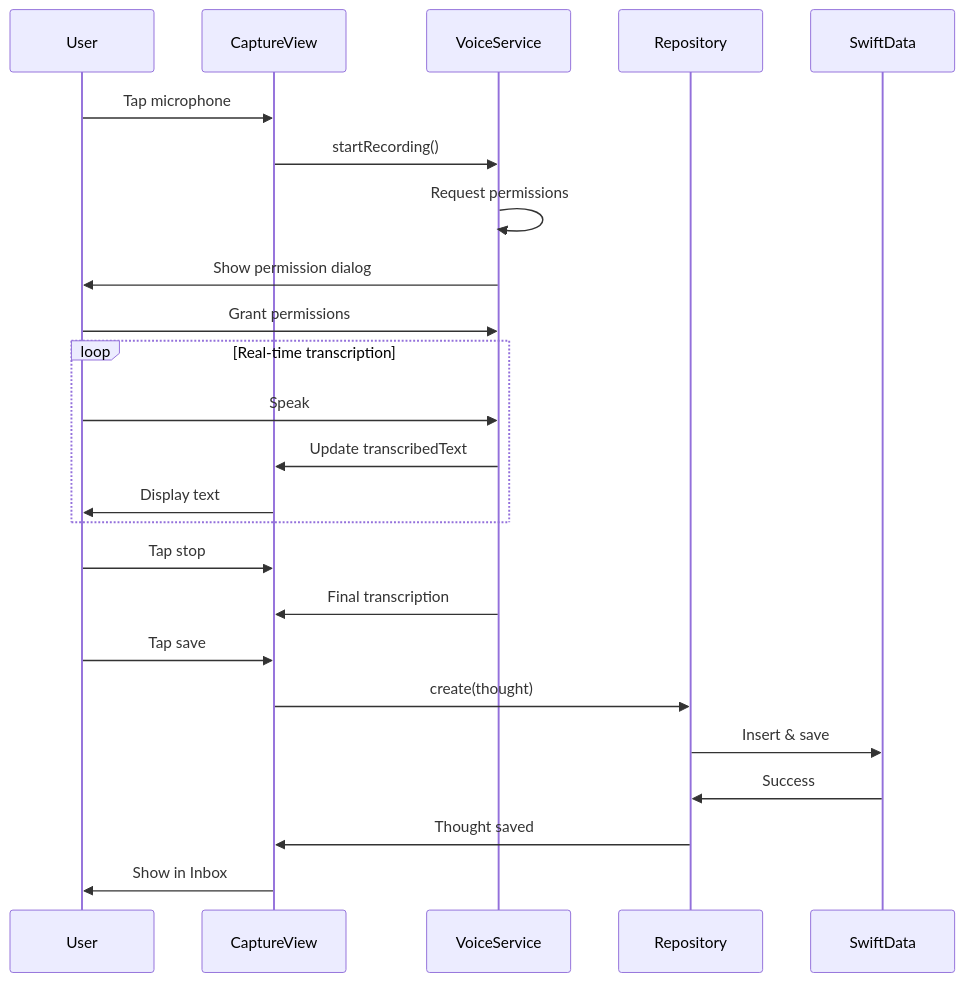
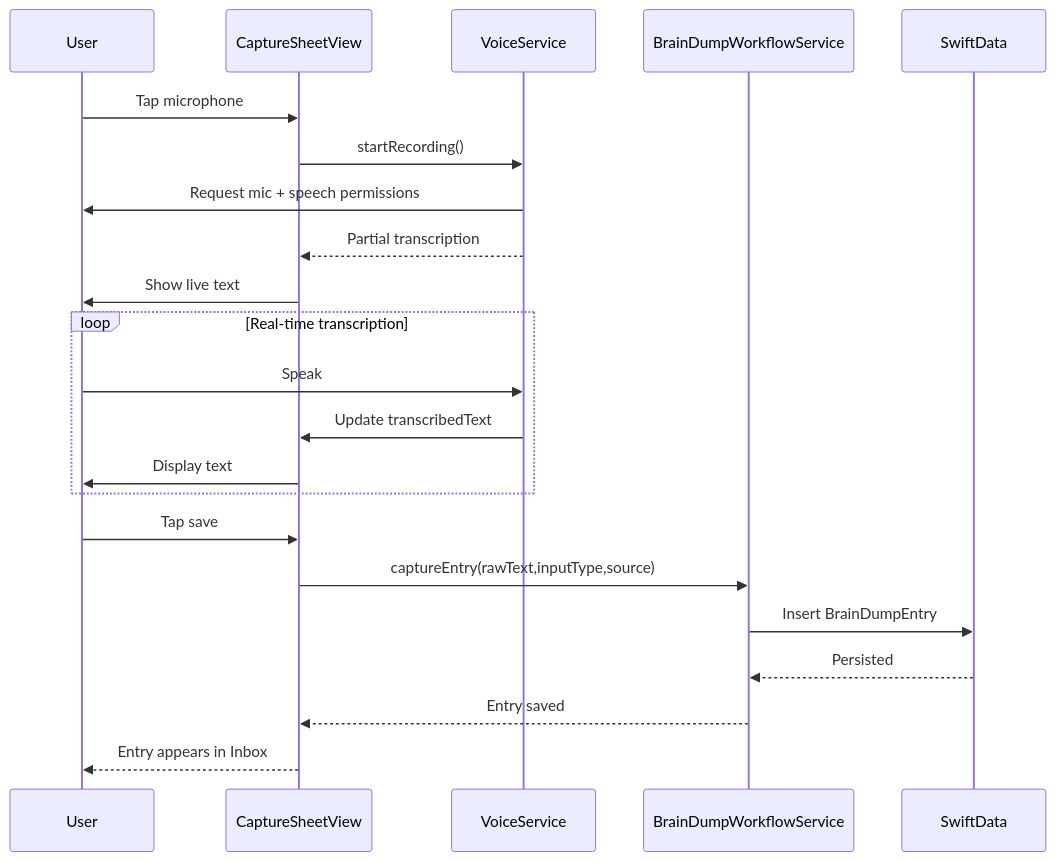
The fourth of 4 diagrams in README.md (Will-Conklin/offload), drawn with Mermaid before and after one commit. The commit also changed other lines of this file, not shown here.

Commit message:
docs: refresh README for brain dump model

````diff
--- a/README.md
+++ b/README.md
@@ -231,29 +189,27 @@
 ```mermaid
 sequenceDiagram
     participant User
-    participant CaptureView
+    participant CaptureSheet as CaptureSheetView
     participant VoiceService
-    participant Repository
+    participant Workflow as BrainDumpWorkflowService
     participant SwiftData
 
-    User->>CaptureView: Tap microphone
-    CaptureView->>VoiceService: startRecording()
-    VoiceService->>VoiceService: Request permissions
-    VoiceService->>User: Show permission dialog
-    User->>VoiceService: Grant permissions
+    User->>CaptureSheet: Tap microphone
+    CaptureSheet->>VoiceService: startRecording()
+    VoiceService->>User: Request mic + speech permissions
+    VoiceService-->>CaptureSheet: Partial transcription
+    CaptureSheet->>User: Show live text
 
     loop Real-time transcription
         User->>VoiceService: Speak
-        VoiceService->>CaptureView: Update transcribedText
-        CaptureView->>User: Display text
+        VoiceService->>CaptureSheet: Update transcribedText
+        CaptureSheet->>User: Display text
     end
 
-    User->>CaptureView: Tap stop
-    VoiceService->>CaptureView: Final transcription
-    User->>CaptureView: Tap save
-    CaptureView->>Repository: create(thought)
-    Repository->>SwiftData: Insert & save
-    SwiftData->>Repository: Success
-    Repository->>CaptureView: Thought saved
-    CaptureView->>User: Show in Inbox
+    User->>CaptureSheet: Tap save
+    CaptureSheet->>Workflow: captureEntry(rawText,inputType,source)
+    Workflow->>SwiftData: Insert BrainDumpEntry
+    SwiftData-->>Workflow: Persisted
+    Workflow-->>CaptureSheet: Entry saved
+    CaptureSheet-->>User: Entry appears in Inbox
 ```
````
